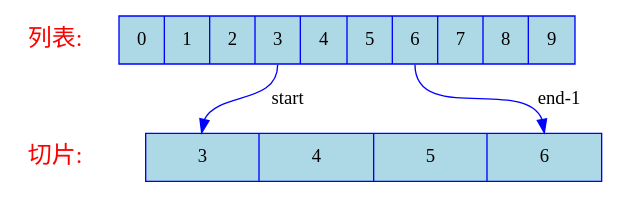
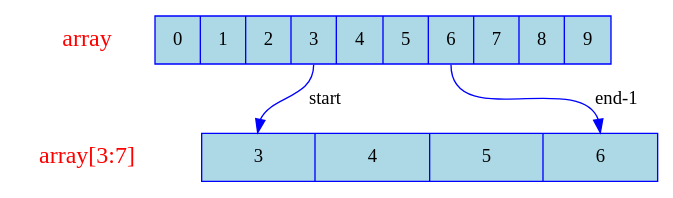
One commit to hubenchang0515/primers-legacy changed the diagram in document/02.Python/03.容器类型/03.切片操作.md. Above: the diagram before and after it, drawn with Graphviz. The commit also changed 2 other files, not shown here.

Commit message:
调整引用类型的描述

````diff
--- a/document/02.Python/03.容器类型/03.切片操作.md
+++ b/document/02.Python/03.容器类型/03.切片操作.md
@@ -13,17 +13,17 @@
 ```graphviz
 digraph {
     node [shape=plaintext, fontcolor=red, fontsize=18];
-    "列表:" -> "切片:" [color=white];
+    "array" -> "array[3:7]" [color=white];
 
     node [shape=record, fontcolor=black, fontsize=14, width=4.75, fixedsize=true];
     values [label="<f0> 0 | <f1> 1 | <f2> 2 | <f3> 3 | <f4> 4 | <f5> 5 | <f6> 6 | <f7> 7 | <f8> 8 | <f9> 9", color=blue, fillcolor=lightblue, style=filled];
     slice [label="<f3> 3 | <f4> 4 | <f5> 5 | <f6> 6 ", color=blue, fillcolor=lightblue, style=filled];
 
-    { rank=same; "列表:"; values }
-    { rank=same; "切片:"; slice }
+    { rank=same; "array"; values }
+    { rank=same; "array[3:7]"; slice }
 
     edge [color=blue];
     values:f3 -> slice:f3 [label="start"];
     values:f6 -> slice:f6 [label="end-1"];
 }
 ```
````
